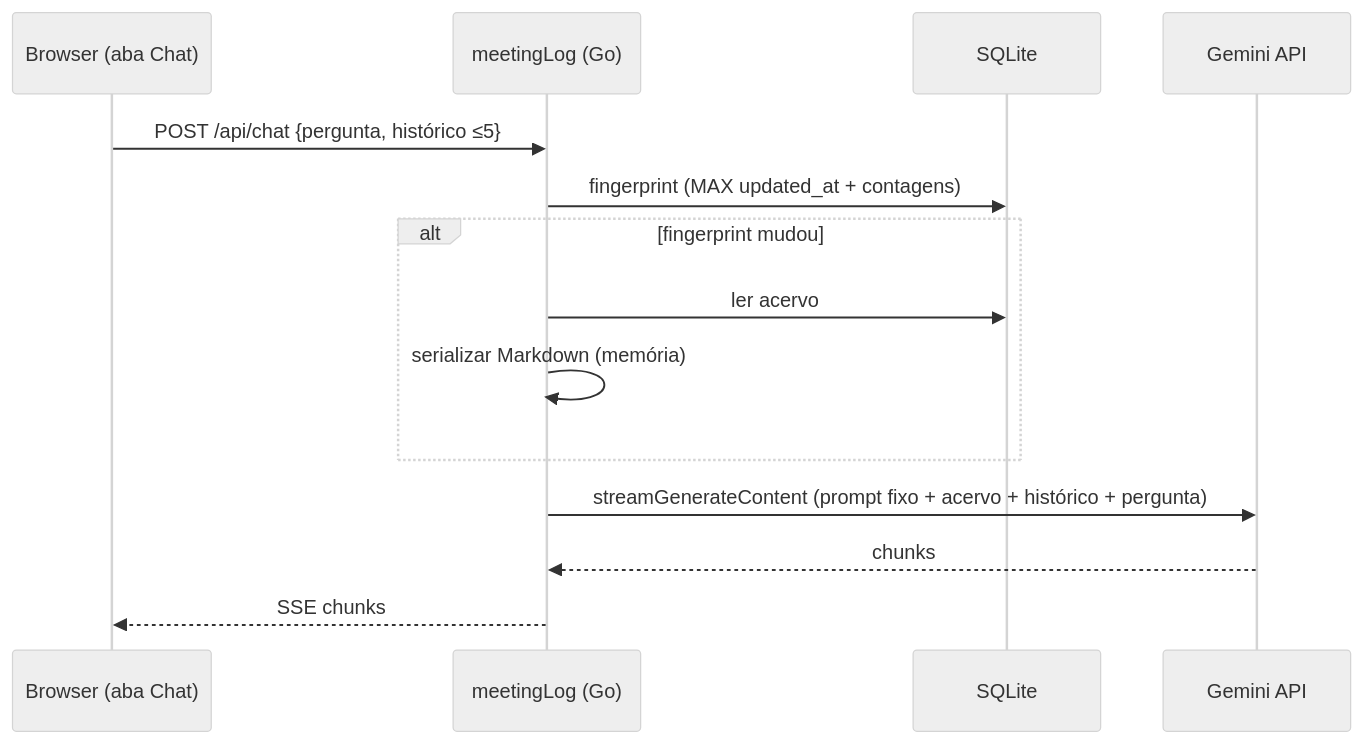
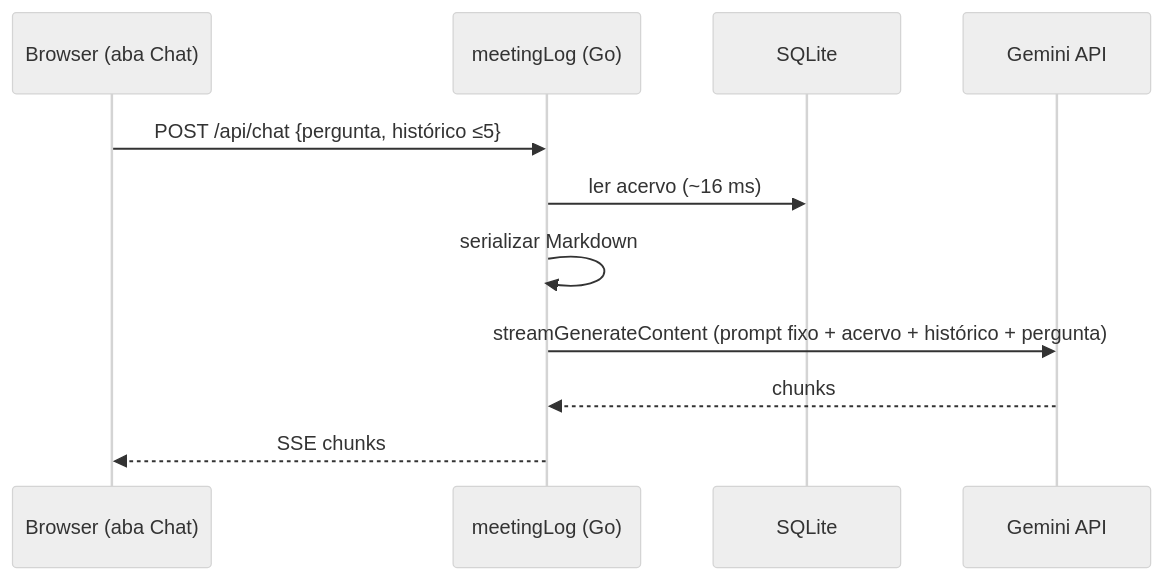
Before and after one commit to edalcin/meetingLog: the diagram in docs/adr/002-chat-acervo-no-contexto.md, drawn with Mermaid (neutral theme). The commit also changed other lines of this file and 22 other files, not shown here.

````diff
--- a/docs/adr/002-chat-acervo-no-contexto.md
+++ b/docs/adr/002-chat-acervo-no-contexto.md
@@ -52,16 +52,13 @@
 ```mermaid
 sequenceDiagram
     participant B as Browser (aba Chat)
     participant S as meetingLog (Go)
     participant D as SQLite
     participant G as Gemini API
     B->>S: POST /api/chat {pergunta, histórico ≤5}
-    S->>D: fingerprint (MAX updated_at + contagens)
-    alt fingerprint mudou
-        S->>D: ler acervo
-        S->>S: serializar Markdown (memória)
-    end
+    S->>D: ler acervo (~16 ms)
+    S->>S: serializar Markdown
     S->>G: streamGenerateContent (prompt fixo + acervo + histórico + pergunta)
     G-->>S: chunks
     S-->>B: SSE chunks
 ```
````
